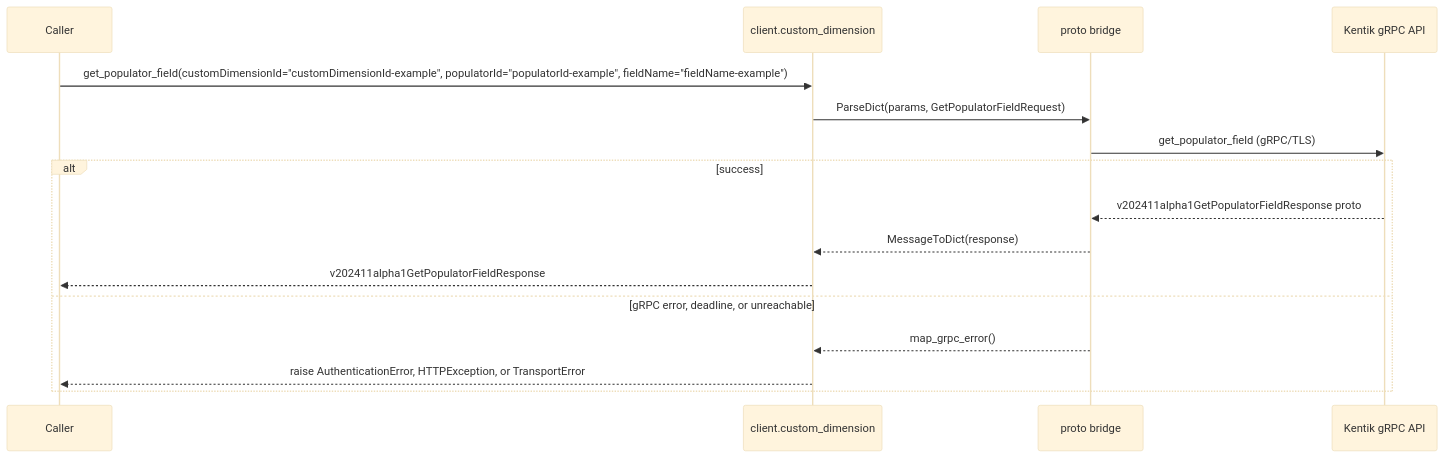
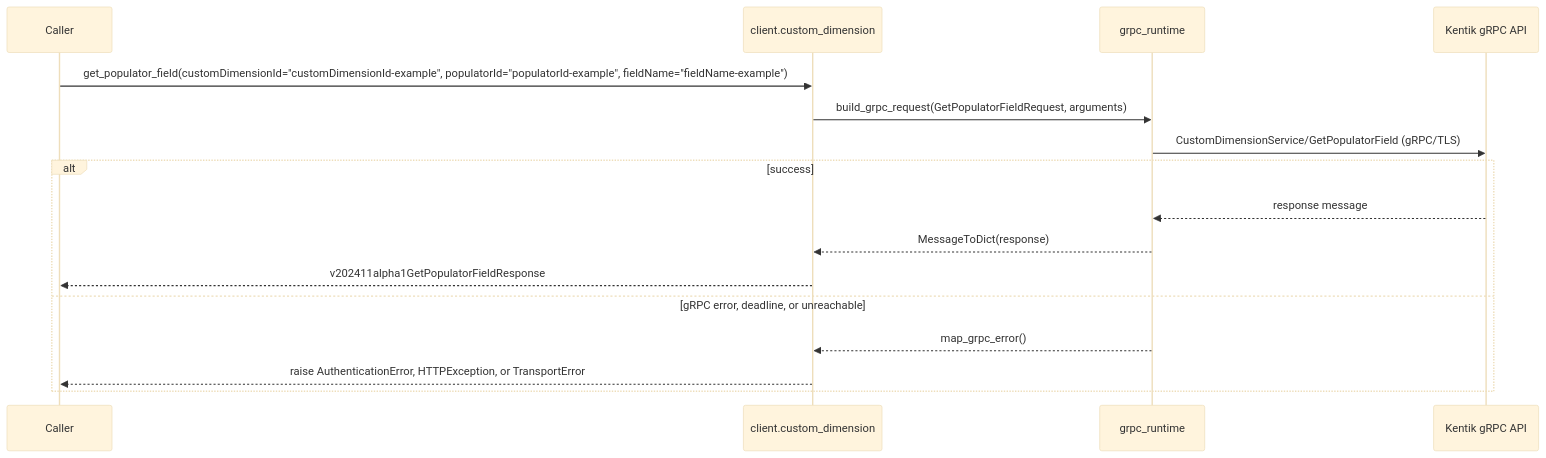
Diagram 19 of 22 in docs/sphinx/services/custom_dimension.md (alexdearaujo/community_sdk_python), drawn with Mermaid (base theme) before and after one commit. The commit also changed other lines of this file and 37 other files, not shown here.

First line of the commit message:
docs: show the real RPC in each service page's gRPC diagram

````diff
--- a/docs/sphinx/services/custom_dimension.md
+++ b/docs/sphinx/services/custom_dimension.md
@@ -672,19 +672,19 @@
 ```mermaid
 sequenceDiagram
     participant C as Caller
     participant W as client.custom_dimension
-    participant B as proto bridge
+    participant R as grpc_runtime
     participant API as Kentik gRPC API
 
     C->>W: get_populator_field(customDimensionId="customDimensionId-example", populatorId="populatorId-example", fieldName="fieldName-example")
-    W->>B: ParseDict(params, GetPopulatorFieldRequest)
-    B->>API: get_populator_field (gRPC/TLS)
+    W->>R: build_grpc_request(GetPopulatorFieldRequest, arguments)
+    R->>API: CustomDimensionService/GetPopulatorField (gRPC/TLS)
     alt success
-        API-->>B: v202411alpha1GetPopulatorFieldResponse proto
-        B-->>W: MessageToDict(response)
+        API-->>R: response message
+        R-->>W: MessageToDict(response)
         W-->>C: v202411alpha1GetPopulatorFieldResponse
     else gRPC error, deadline, or unreachable
-        B-->>W: map_grpc_error()
+        R-->>W: map_grpc_error()
         W-->>C: raise AuthenticationError, HTTPException, or TransportError
     end
 ```
````
